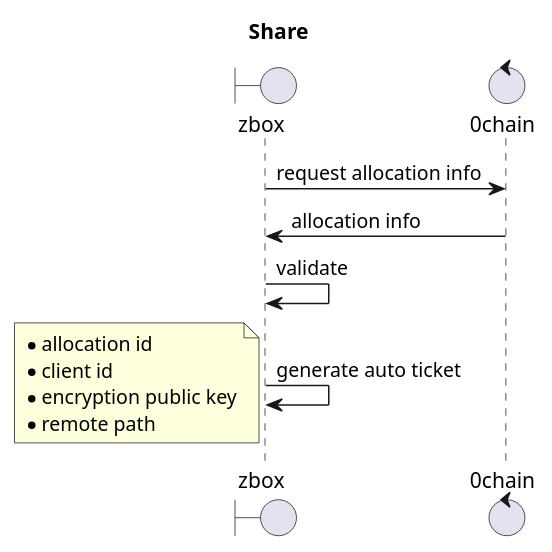
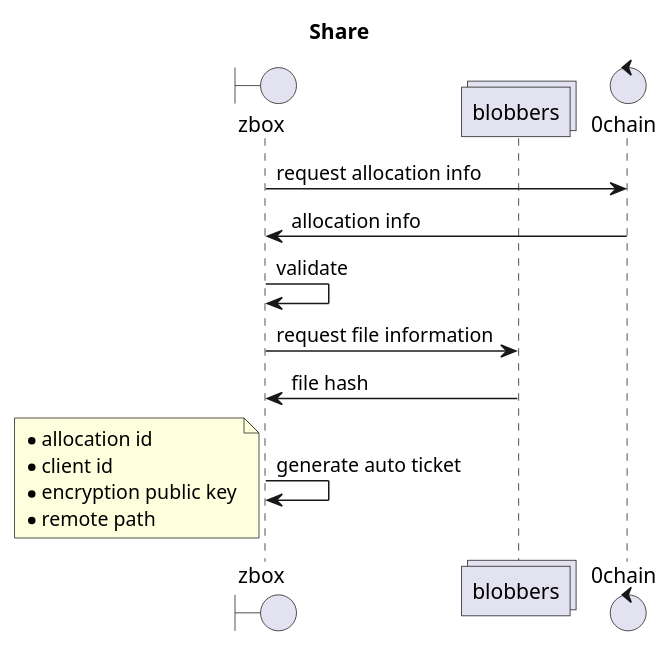
Diagram 13 of 32 in documents/uml.md (0chain/zboxcli), drawn with PlantUML before and after one commit. The commit also changed 1 other file, not shown here.

````diff
--- a/documents/uml.md
+++ b/documents/uml.md
@@ -234,15 +234,18 @@
 ```puml
 title Share
 boundary zbox 
+collections blobbers
 control 0chain
 zbox -> 0chain : request allocation info
 0chain -> zbox : allocation info
 zbox -> zbox : validate
+zbox -> blobbers : request file information
+blobbers -> zbox : file hash
 zbox -> zbox : generate auto ticket
 note left
     * allocation id
     * client id
     * encryption public key
     * remote path
 end note
 ```
````
